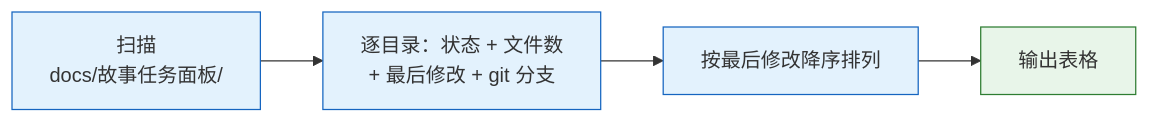
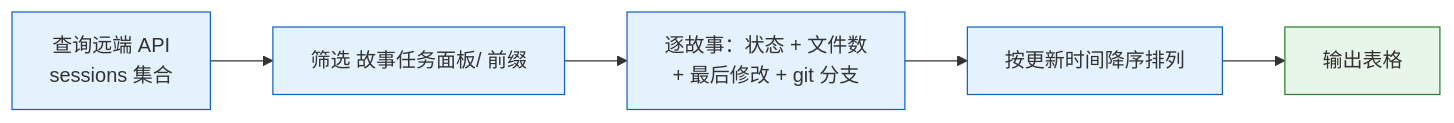
One commit to effiy/YrY changed the sixth of 11 diagrams in skills/rui-story/SKILL.md. Above: the diagram before and after it, drawn with Mermaid. The commit also changed other lines of this file and 14 other files, not shown here.

````diff
--- a/skills/rui-story/SKILL.md
+++ b/skills/rui-story/SKILL.md
@@ -132,9 +172,10 @@
 ```mermaid
 flowchart LR
-    A["扫描<br/>docs/故事任务面板/"]:::op --> B["逐目录：状态 + 文件数<br/>+ 最后修改 + git 分支"]:::op
-    B --> C["按最后修改降序排列"]:::op
-    C --> D["输出表格"]:::out
+    A["查询远端 API<br/>sessions 集合"]:::op --> B["筛选 故事任务面板/ 前缀"]:::op
+    B --> C["逐故事：状态 + 文件数<br/>+ 最后修改 + git 分支"]:::op
+    C --> D["按更新时间降序排列"]:::op
+    D --> E["输出表格"]:::out
 
     classDef op fill:#e3f2fd,stroke:#1565c0;
     classDef out fill:#e8f5e9,stroke:#2e7d32;
 ```
````
